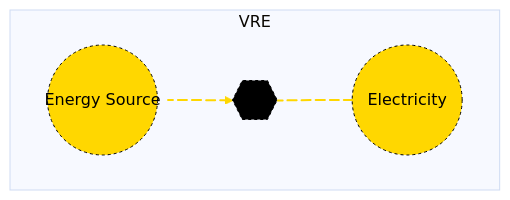
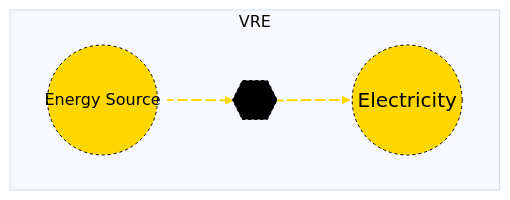
Before and after one commit to openmod-tracker/MacroEnergy.jl: the diagram in docs/src/Manual/assets/vre.md, drawn with Mermaid. The commit also changed 12 other files, not shown here.

Commit message:
Fix Mermaid diagram rendering issues in asset library

````diff
--- a/docs/src/Manual/assets/vre.md
+++ b/docs/src/Manual/assets/vre.md
@@ -20,16 +20,16 @@
 ```mermaid
 %%{init: {'theme': 'base', 'themeVariables': { 'background': '#D1EBDE' }}}%%
 flowchart LR
   subgraph VRE
   direction LR
   A((Energy Source)) e1@--> B{{..}}
   B e2@--> C((Electricity))
   e1@{ animate: true }
   e2@{ animate: true }
  end
     style A r:55px,fill:#FFD700,stroke:black,color:black,stroke-dasharray: 3,5;
     style B r:55px,fill:black,stroke:black,color:black,stroke-dasharray: 3,5;
-    style C r:55px,fill:#FFD700,stroke:black,color:black,stroke-dasharray: 3,5;
+    style C font-size:20px,r:55px,fill:#FFD700,stroke:black,color:black,stroke-dasharray: 3,5;
     linkStyle 0 stroke:#FFD700, stroke-width: 2px;
     linkStyle 1 stroke:#FFD700, stroke-width: 2px;
 ```
````
